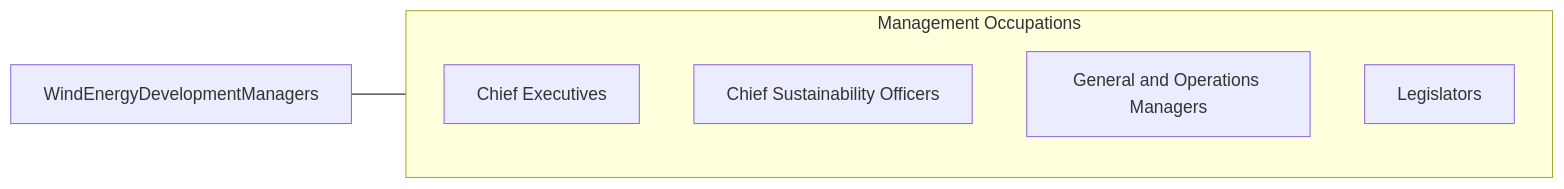
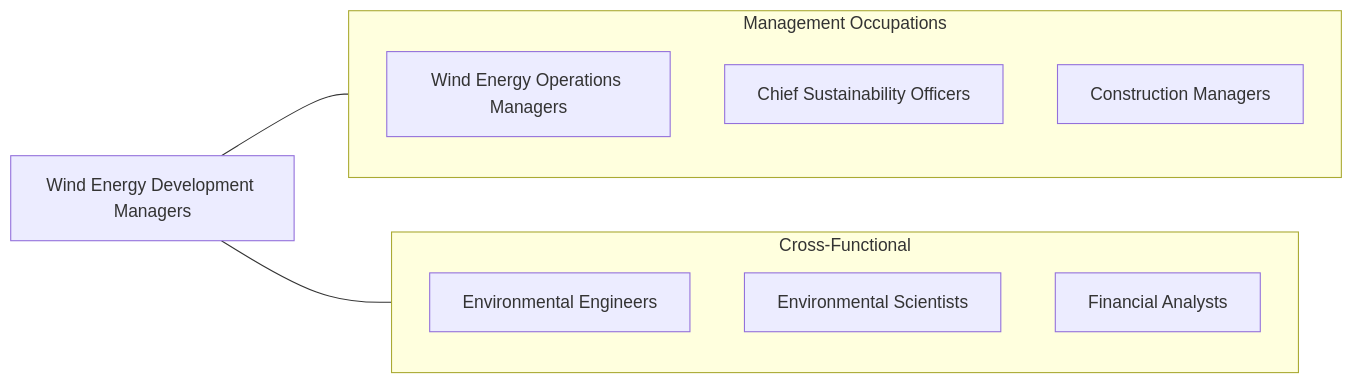
One commit to kziemski/business.org.ai changed the fourth of 4 diagrams in occupations/Management/WindEnergyDevelopmentManagers.mdx. Above: the diagram before and after it, drawn with Mermaid. The commit also changed other lines of this file and 938 other files, not shown here.

````diff
--- a/occupations/Management/WindEnergyDevelopmentManagers.mdx
+++ b/occupations/Management/WindEnergyDevelopmentManagers.mdx
@@ -124,13 +173,19 @@
 ```mermaid
 graph LR
-    Current["WindEnergyDevelopmentManagers"]
+    WEDM["Wind Energy Development Managers"]
 
     subgraph SameCategory["Management Occupations"]
-        ChiefExecutives["Chief Executives"]
-        ChiefSustainabilityO["Chief Sustainability Officers"]
-        GeneralAndOperations["General and Operations Managers"]
-        Legislators["Legislators"]
+        WEOM["Wind Energy Operations Managers"]
+        CSO["Chief Sustainability Officers"]
+        CM["Construction Managers"]
     end
 
-    Current --- SameCategory
+    subgraph CrossFunctional["Cross-Functional"]
+        EE["Environmental Engineers"]
+        ES["Environmental Scientists"]
+        FA["Financial Analysts"]
+    end
+
+    WEDM --- SameCategory
+    WEDM --- CrossFunctional
 ```
````
